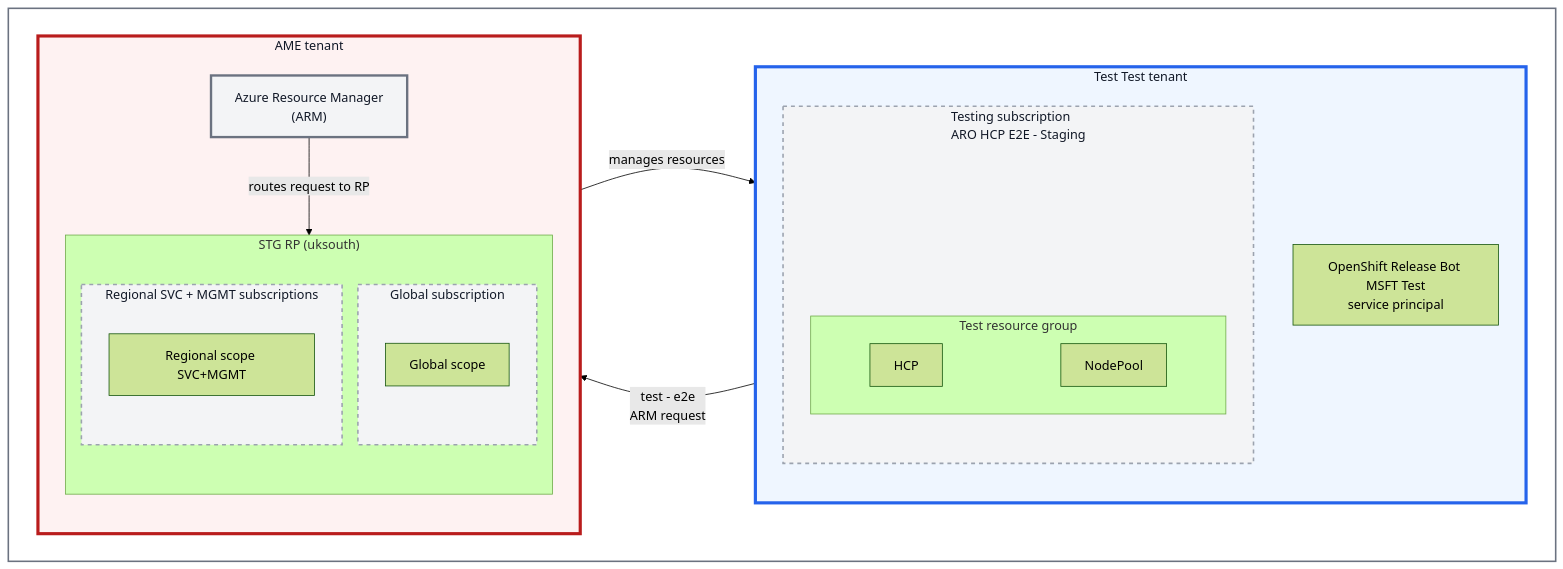
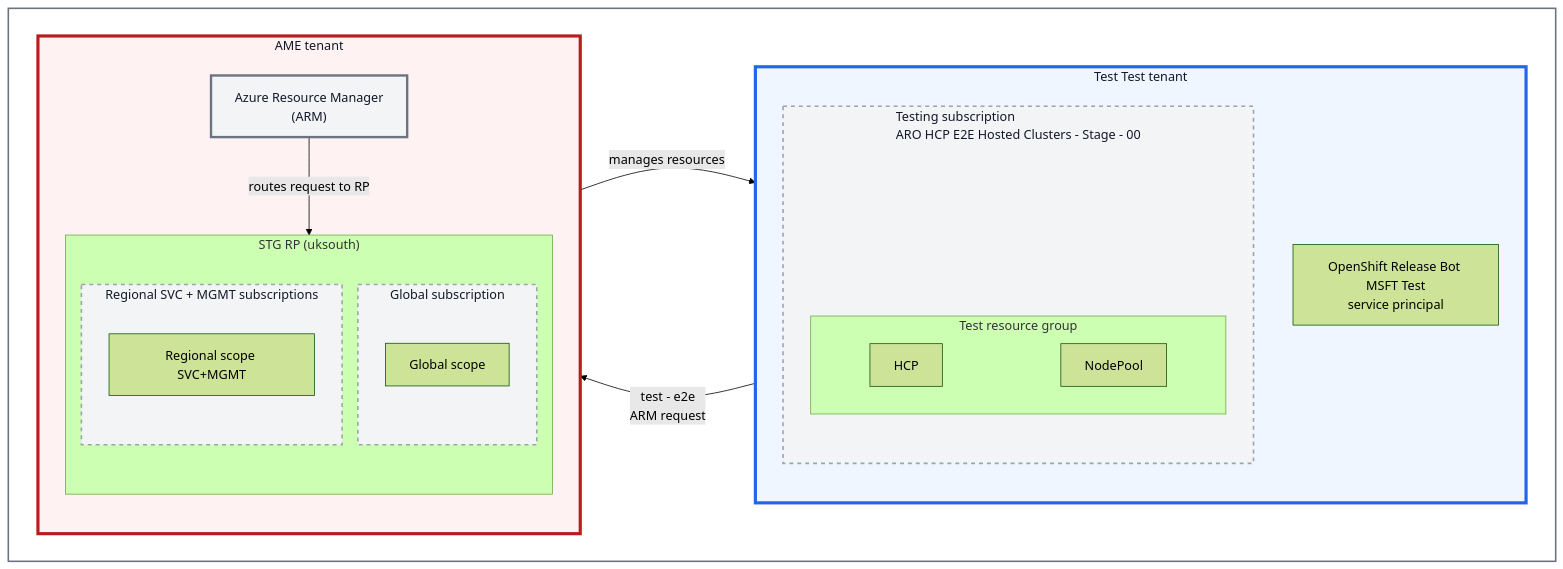
Before and after one commit to Azure/ARO-HCP: the third of 4 diagrams in docs/ci/execution.md, drawn with Mermaid (forest theme). The commit also changed 4 other files, not shown here.

First line of the commit message:
docs(e2e): point STG references at Stage-00 subscription

````diff
--- a/docs/ci/execution.md
+++ b/docs/ci/execution.md
@@ -188,43 +188,43 @@
 ```mermaid
 flowchart LR
     subgraph stgChart[" "]
         direction LR
         subgraph stgTestTenant["Test Test tenant"]
             direction TB
             stgId["OpenShift Release Bot MSFT Test<br/>service principal"]
-            subgraph stgTestSub["Testing subscription<br/>ARO HCP E2E - Staging"]
+            subgraph stgTestSub["Testing subscription<br/>ARO HCP E2E Hosted Clusters - Stage - 00"]
                 direction TB
                 stgTestSubPad[".<br/>."]
                 subgraph stgRg["Test resource group"]
                     direction LR
                     stgHcp["HCP"]
                     stgNodePool["NodePool"]
                     stgHcp ~~~ stgNodePool
                 end
                 stgTestSubPad ~~~ stgRg
             end
         end
         subgraph stgSvcTenant["AME tenant"]
             direction TB
             stgArm["Azure Resource Manager<br/>(ARM)"]
             subgraph stgRp["STG RP (uksouth)"]
                 direction TB
                 subgraph stgGlobalSub["Global subscription"]
                     stgGlobal["Global scope"]
                 end
                 subgraph stgRegionalSubs["Regional SVC + MGMT subscriptions"]
                     stgRegional["Regional scope SVC+MGMT"]
                 end
             end
         end
         stgId -->|"test - e2e<br/>ARM request"| stgArm -->|"routes request to RP"| stgRegional -->|"manages resources"| stgRg
     end
     style stgChart fill:#ffffff,stroke:#6b7280,stroke-width:2px,color:transparent
     style stgTestSubPad fill:none,stroke:none,color:transparent
     style stgTestSub fill:#f3f4f6,stroke:#9ca3af,stroke-width:2px,stroke-dasharray: 5 5,color:#111827
     style stgGlobalSub fill:#f3f4f6,stroke:#9ca3af,stroke-width:2px,stroke-dasharray: 5 5,color:#111827
     style stgRegionalSubs fill:#f3f4f6,stroke:#9ca3af,stroke-width:2px,stroke-dasharray: 5 5,color:#111827
     style stgTestTenant fill:#eff6ff,stroke:#2563eb,stroke-width:4px,color:#111827
     style stgArm fill:#f3f4f6,stroke:#6b7280,stroke-width:3px,color:#111827
     style stgSvcTenant fill:#fef2f2,stroke:#b91c1c,stroke-width:4px,color:#111827
 ```
````
